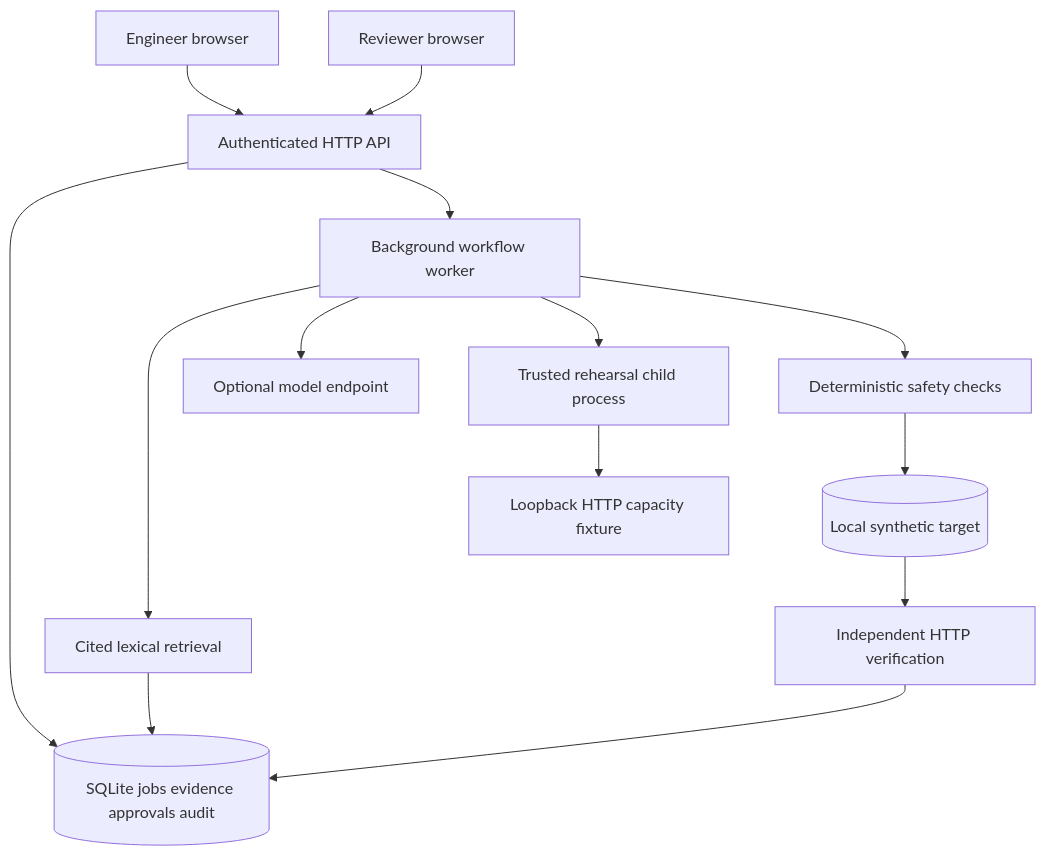
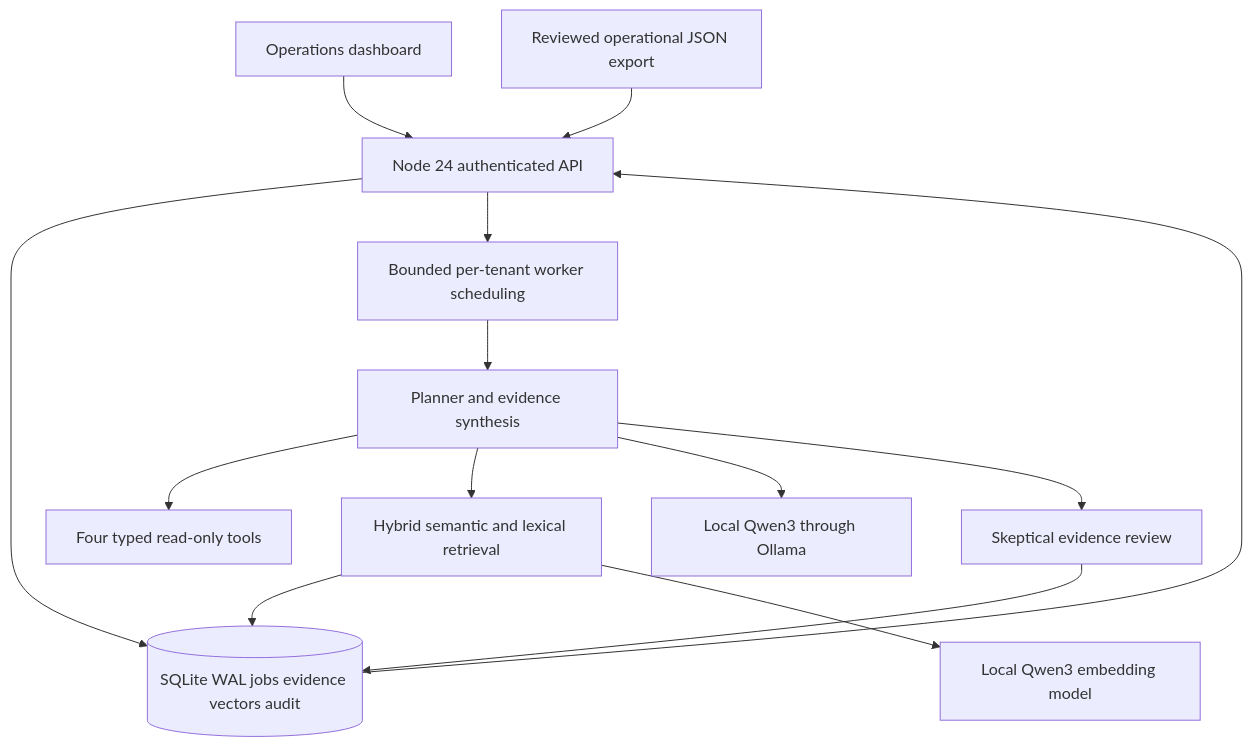
The first of 6 diagrams in README.md (anil7000/changeguard), drawn with Mermaid before and after one commit. The commit also changed other lines of this file and 29 other files, not shown here.

````diff
--- a/README.md
+++ b/README.md
@@ -38,16 +46,16 @@
 ```mermaid
 flowchart TB
-  Engineer[Engineer browser] --> API[Authenticated HTTP API]
-  Reviewer[Reviewer browser] --> API
-  API --> DB[(SQLite jobs evidence approvals audit)]
-  API --> Worker[Background workflow worker]
-  Worker --> Retrieval[Cited lexical retrieval]
-  Retrieval --> DB
-  Worker --> Model[Optional model endpoint]
-  Worker --> Child[Trusted rehearsal child process]
-  Child --> HTTP[Loopback HTTP capacity fixture]
-  Worker --> Gate[Deterministic safety checks]
-  Gate --> Target[(Local synthetic target)]
-  Target --> Verify[Independent HTTP verification]
-  Verify --> DB
+  Browser[Operations dashboard] --> API[Node 24 authenticated API]
+  Export[Reviewed operational JSON export] --> API
+  API --> DB[(SQLite WAL jobs evidence vectors audit)]
+  API --> Worker[Bounded per-tenant worker scheduling]
+  Worker --> Agent[Planner and evidence synthesis]
+  Agent --> Tools[Four typed read-only tools]
+  Agent --> RAG[Hybrid semantic and lexical retrieval]
+  RAG --> DB
+  Agent --> LLM[Local Qwen3 through Ollama]
+  RAG --> Embeddings[Local Qwen3 embedding model]
+  Agent --> Review[Skeptical evidence review]
+  Review --> DB
+  DB --> API
 ```
````
